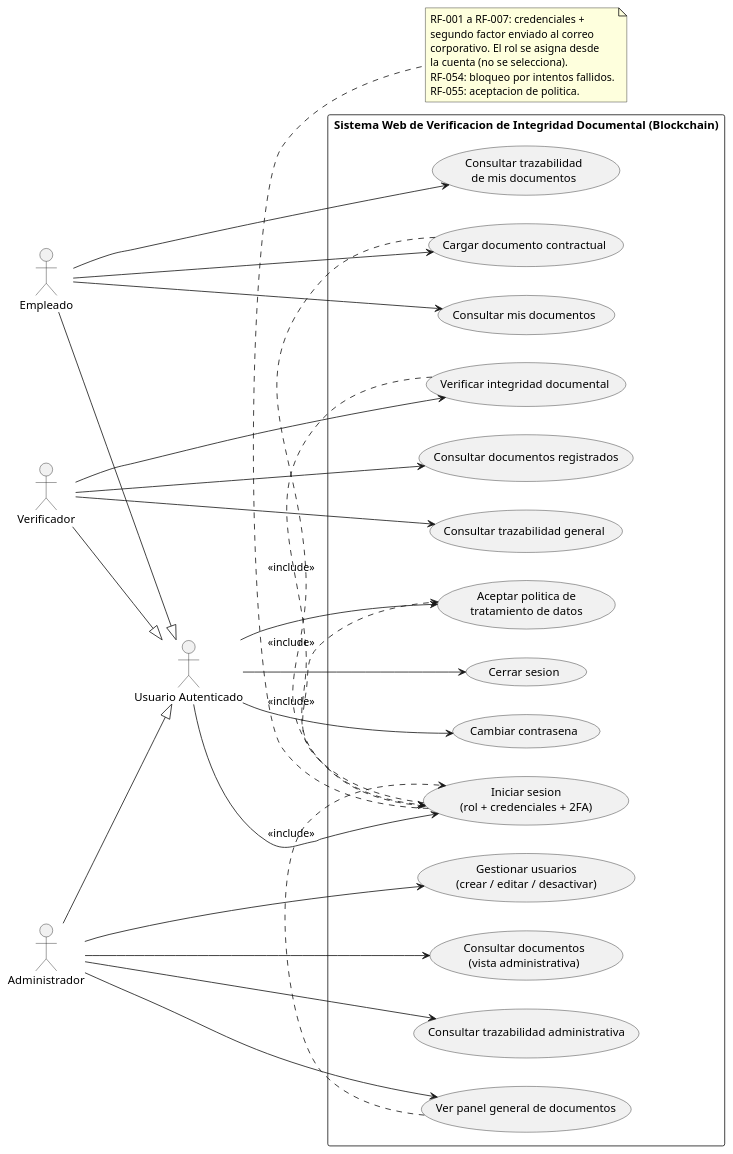
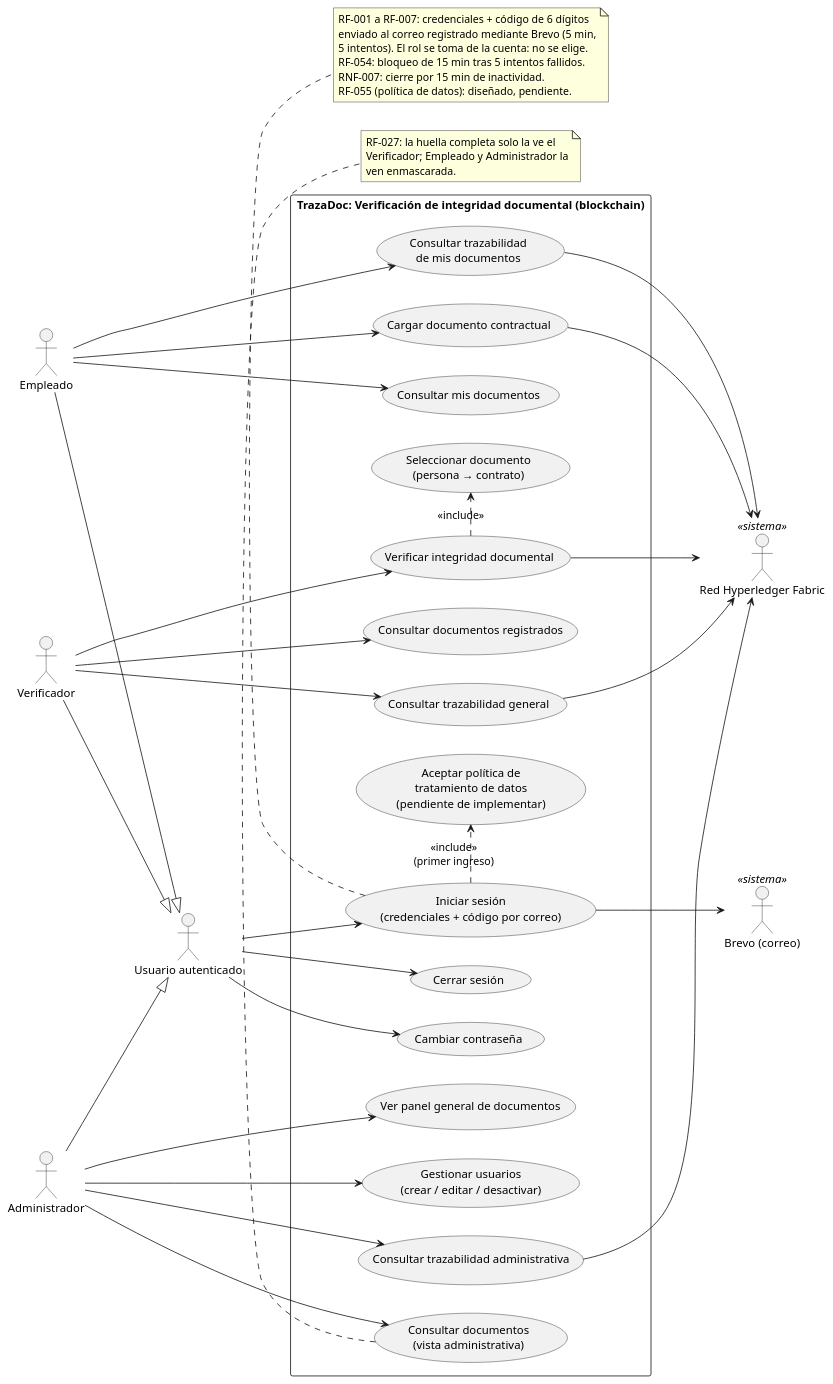
The diagram in docs/Objetivo 2/uml/00-diagrama-casos-de-uso.puml (swummen/Blockchain_Contratos), drawn with PlantUML before and after one commit. The commit also changed 61 other files, not shown here.

```diff
--- a/docs/Objetivo 2/uml/00-diagrama-casos-de-uso.puml
+++ b/docs/Objetivo 2/uml/00-diagrama-casos-de-uso.puml
@@ -1,65 +1,77 @@
 @startuml 00-diagrama-casos-de-uso
 left to right direction
 skinparam packageStyle rectangle
 
-actor "Usuario Autenticado" as UsuarioBase
+actor "Usuario autenticado" as UsuarioBase
 actor Empleado
 actor Verificador
 actor Administrador
+actor "Red Hyperledger Fabric" as Fabric <<sistema>>
+actor "Brevo (correo)" as Brevo <<sistema>>
 
 Empleado --|> UsuarioBase
 Verificador --|> UsuarioBase
 Administrador --|> UsuarioBase
 
-rectangle "Sistema Web de Verificacion de Integridad Documental (Blockchain)" {
-  usecase "Iniciar sesion\n(rol + credenciales + 2FA)" as UC_Login
-  usecase "Cerrar sesion" as UC_Logout
-  usecase "Cambiar contrasena" as UC_ChangePwd
-  usecase "Aceptar politica de\ntratamiento de datos" as UC_Policy
+rectangle "TrazaDoc: Verificación de integridad documental (blockchain)" {
+  usecase "Iniciar sesión\n(credenciales + código por correo)" as UC_Login
+  usecase "Cerrar sesión" as UC_Logout
+  usecase "Cambiar contraseña" as UC_ChangePwd
+  usecase "Aceptar política de\ntratamiento de datos\n(pendiente de implementar)" as UC_Policy
 
   usecase "Cargar documento contractual" as UC_Upload
   usecase "Consultar mis documentos" as UC_MyDocs
   usecase "Consultar trazabilidad\nde mis documentos" as UC_MyTrace
 
   usecase "Verificar integridad documental" as UC_Verify
+  usecase "Seleccionar documento\n(persona → contrato)" as UC_Select
   usecase "Consultar documentos registrados" as UC_DocsVerifier
   usecase "Consultar trazabilidad general" as UC_TraceGeneral
 
   usecase "Ver panel general de documentos" as UC_Dashboard
   usecase "Gestionar usuarios\n(crear / editar / desactivar)" as UC_ManageUsers
   usecase "Consultar documentos\n(vista administrativa)" as UC_DocsAdmin
   usecase "Consultar trazabilidad administrativa" as UC_TraceAdmin
 }
 
 UsuarioBase --> UC_Login
 UsuarioBase --> UC_Logout
-UsuarioBase --> UC_Policy
-UC_Login .> UC_Policy : <<include>>
 UsuarioBase --> UC_ChangePwd
+UC_Login .> UC_Policy : <<include>>\n(primer ingreso)
 
 Empleado --> UC_Upload
 Empleado --> UC_MyDocs
 Empleado --> UC_MyTrace
 
 Verificador --> UC_Verify
+UC_Verify .> UC_Select : <<include>>
 Verificador --> UC_DocsVerifier
 Verificador --> UC_TraceGeneral
 
 Administrador --> UC_Dashboard
 Administrador --> UC_ManageUsers
 Administrador --> UC_DocsAdmin
 Administrador --> UC_TraceAdmin
 
-UC_Upload .> UC_Login : <<include>>
-UC_Verify .> UC_Login : <<include>>
-UC_Dashboard .> UC_Login : <<include>>
+UC_Login --> Brevo
+UC_Upload --> Fabric
+UC_Verify --> Fabric
+UC_MyTrace --> Fabric
+UC_TraceGeneral --> Fabric
+UC_TraceAdmin --> Fabric
 
 note bottom of UC_Login
-  RF-001 a RF-007: credenciales +
-  segundo factor enviado al correo
-  corporativo. El rol se asigna desde
-  la cuenta (no se selecciona).
-  RF-054: bloqueo por intentos fallidos.
-  RF-055: aceptacion de politica.
+  RF-001 a RF-007: credenciales + código de 6 dígitos
+  enviado al correo registrado mediante Brevo (5 min,
+  5 intentos). El rol se toma de la cuenta: no se elige.
+  RF-054: bloqueo de 15 min tras 5 intentos fallidos.
+  RNF-007: cierre por 15 min de inactividad.
+  RF-055 (política de datos): diseñado, pendiente.
+end note
+
+note bottom of UC_DocsAdmin
+  RF-027: la huella completa solo la ve el
+  Verificador; Empleado y Administrador la
+  ven enmascarada.
 end note
 @enduml
```
